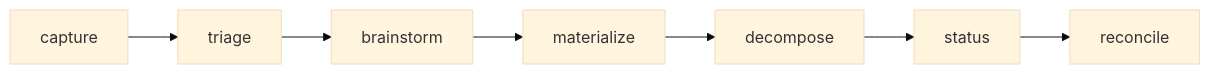
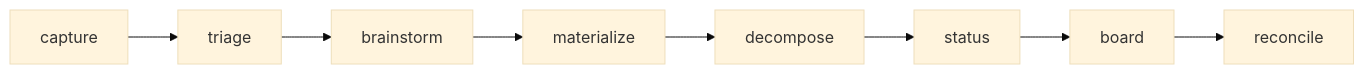
The diagram in docs/workflows/issues.md (element22llc/e22-plugins), drawn with Mermaid (base theme) before and after one commit. The commit also changed other lines of this file and 4 other files, not shown here.

First line of the commit message:
feat(next,roadmap): rank by Priority field; roadmap writes native date fields

````diff
--- a/docs/workflows/issues.md
+++ b/docs/workflows/issues.md
@@ -17,4 +17,4 @@
 ```mermaid
 flowchart LR
-    capture --> triage --> brainstorm --> materialize --> decompose --> status --> reconcile
+    capture --> triage --> brainstorm --> materialize --> decompose --> status --> board --> reconcile
 ```
````
